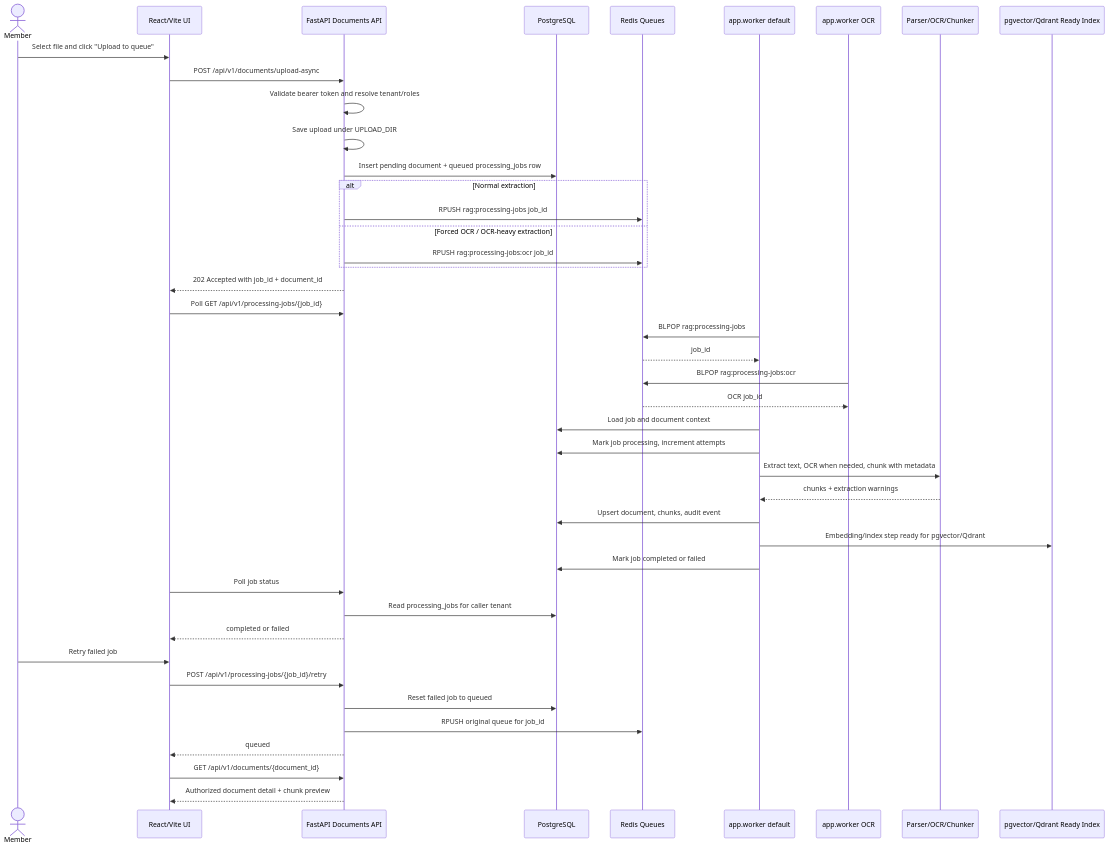
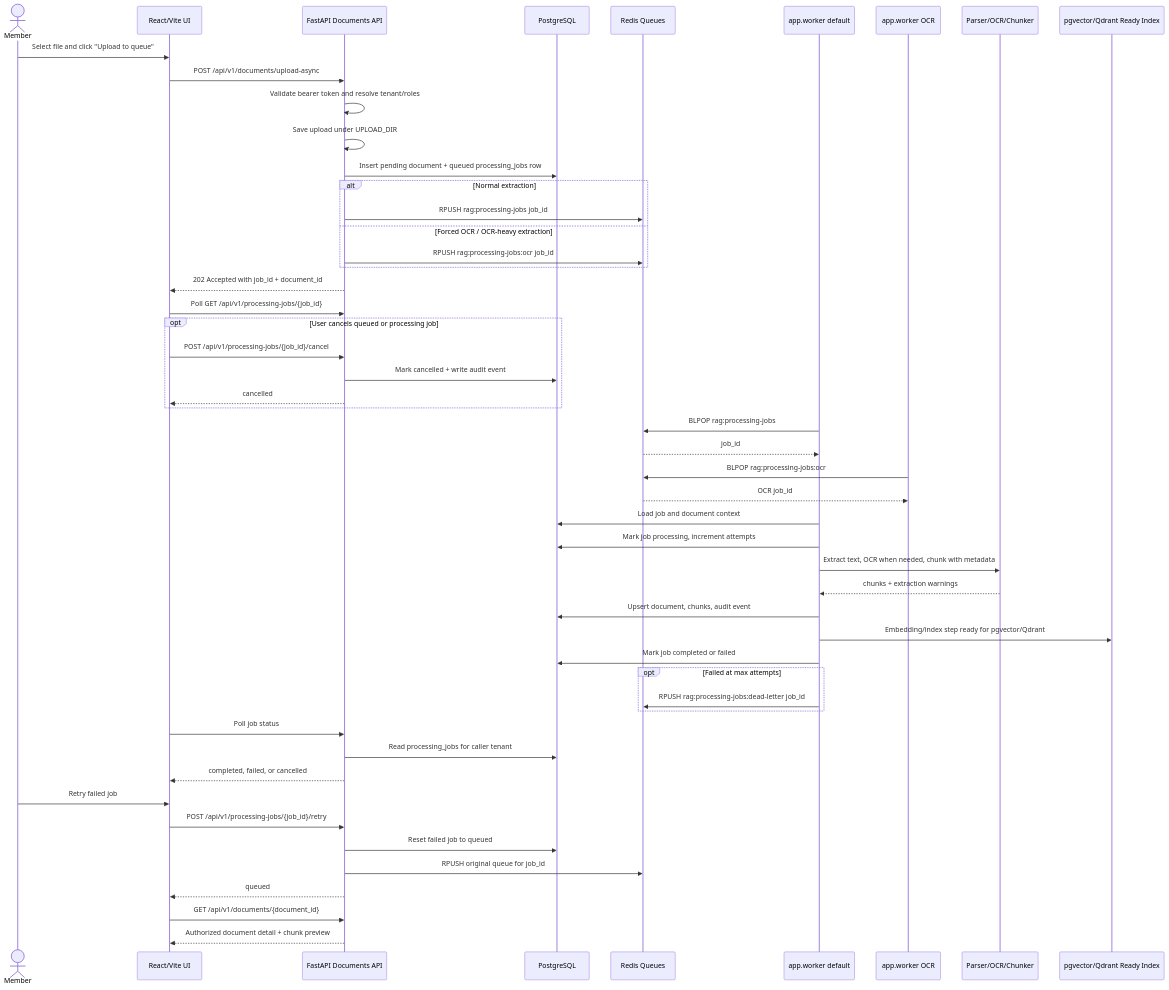
The second of 11 diagrams in docs/flow-diagrams.md (lnrdwarampudis-git/rag-saas-docs-ingestion-poc), drawn with Mermaid before and after one commit. The commit also changed other lines of this file and 30 other files, not shown here.

````diff
--- a/docs/flow-diagrams.md
+++ b/docs/flow-diagrams.md
@@ -37,46 +37,54 @@
 ```mermaid
 sequenceDiagram
   actor Member
   participant UI as React/Vite UI
   participant API as FastAPI Documents API
   participant DB as PostgreSQL
   participant Redis as Redis Queues
   participant Worker as app.worker default
   participant OCRWorker as app.worker OCR
   participant Parser as Parser/OCR/Chunker
   participant Vector as pgvector/Qdrant Ready Index
 
   Member->>UI: Select file and click "Upload to queue"
   UI->>API: POST /api/v1/documents/upload-async
   API->>API: Validate bearer token and resolve tenant/roles
   API->>API: Save upload under UPLOAD_DIR
   API->>DB: Insert pending document + queued processing_jobs row
   alt Normal extraction
     API->>Redis: RPUSH rag:processing-jobs job_id
   else Forced OCR / OCR-heavy extraction
     API->>Redis: RPUSH rag:processing-jobs:ocr job_id
   end
   API-->>UI: 202 Accepted with job_id + document_id
   UI->>API: Poll GET /api/v1/processing-jobs/{job_id}
+  opt User cancels queued or processing job
+    UI->>API: POST /api/v1/processing-jobs/{job_id}/cancel
+    API->>DB: Mark cancelled + write audit event
+    API-->>UI: cancelled
+  end
   Worker->>Redis: BLPOP rag:processing-jobs
   Redis-->>Worker: job_id
   OCRWorker->>Redis: BLPOP rag:processing-jobs:ocr
   Redis-->>OCRWorker: OCR job_id
   Worker->>DB: Load job and document context
   Worker->>DB: Mark job processing, increment attempts
   Worker->>Parser: Extract text, OCR when needed, chunk with metadata
   Parser-->>Worker: chunks + extraction warnings
   Worker->>DB: Upsert document, chunks, audit event
   Worker->>Vector: Embedding/index step ready for pgvector/Qdrant
   Worker->>DB: Mark job completed or failed
+  opt Failed at max attempts
+    Worker->>Redis: RPUSH rag:processing-jobs:dead-letter job_id
+  end
   UI->>API: Poll job status
   API->>DB: Read processing_jobs for caller tenant
-  API-->>UI: completed or failed
+  API-->>UI: completed, failed, or cancelled
   Member->>UI: Retry failed job
   UI->>API: POST /api/v1/processing-jobs/{job_id}/retry
   API->>DB: Reset failed job to queued
   API->>Redis: RPUSH original queue for job_id
   API-->>UI: queued
   UI->>API: GET /api/v1/documents/{document_id}
   API-->>UI: Authorized document detail + chunk preview
 ```
````
